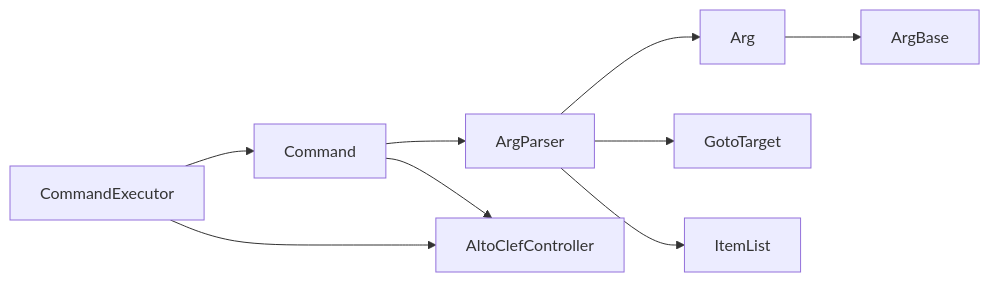
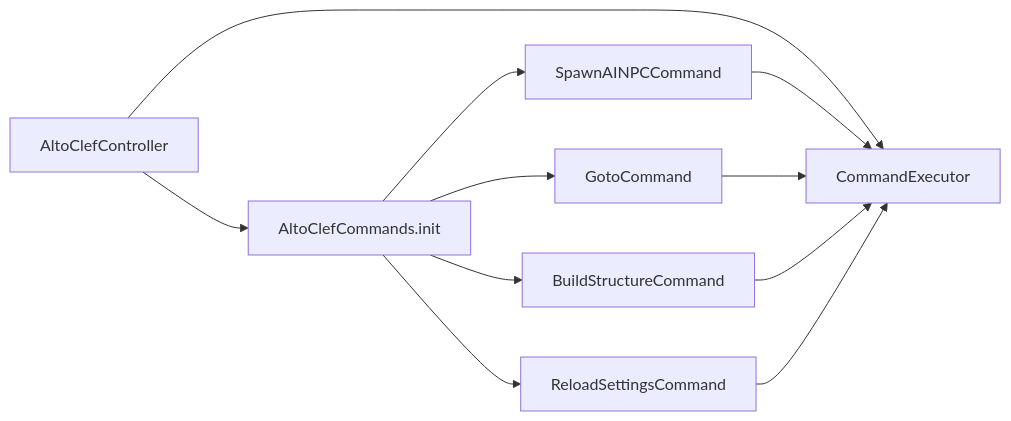
The sixth of 6 diagrams in .qoder/repowiki/zh/content/命令系统/命令系统.md (wjartpix/minecraft_ai_play2npc), drawn with Mermaid before and after one commit. The commit also changed other lines of this file and 188 other files, not shown here.

````diff
--- a/.qoder/repowiki/zh/content/命令系统/命令系统.md
+++ b/.qoder/repowiki/zh/content/命令系统/命令系统.md
@@ -446,11 +282,13 @@
 ```mermaid
 graph LR
-CE["CommandExecutor"] --> CMD["Command"]
-CMD --> AP["ArgParser"]
-AP --> ARG["Arg<T>"]
-ARG --> ARGB["ArgBase"]
-AP --> GT["GotoTarget"]
-AP --> IL["ItemList"]
-CMD --> MOD["AltoClefController"]
-CE --> MOD
+AC["AltoClefController"] --> CE["CommandExecutor"]
+AC --> AL["AltoClefCommands.init"]
+AL --> CMD1["SpawnAINPCCommand"]
+AL --> CMD2["GotoCommand"]
+AL --> CMD3["BuildStructureCommand"]
+AL --> CMD4["ReloadSettingsCommand"]
+CMD1 --> CE
+CMD2 --> CE
+CMD3 --> CE
+CMD4 --> CE
 ```
````
